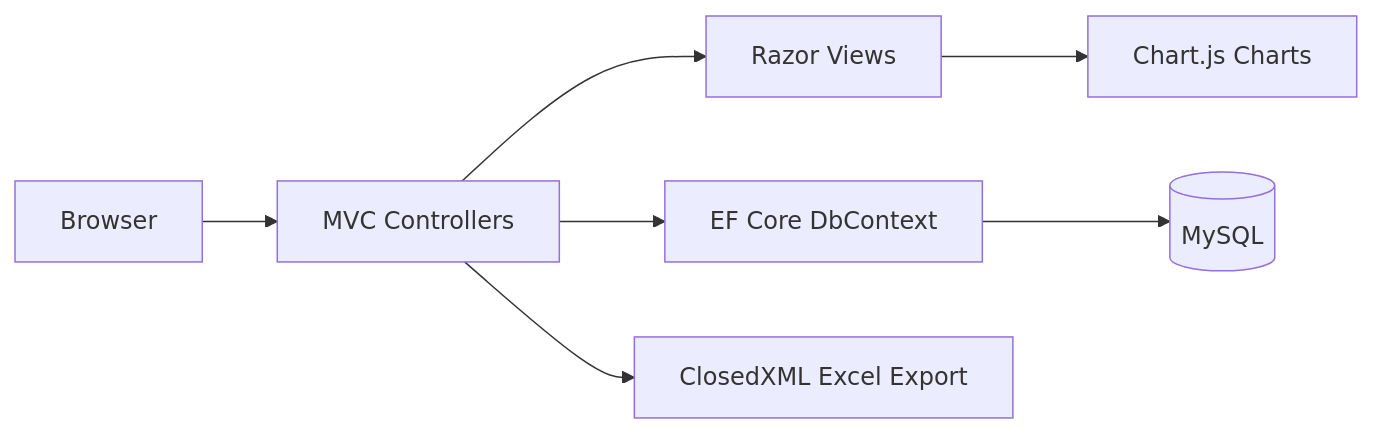
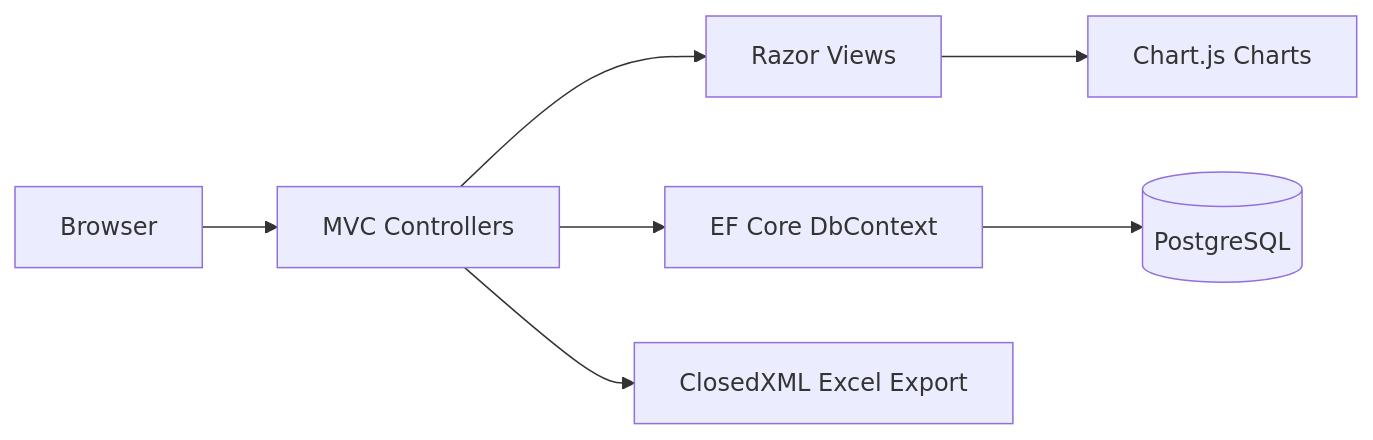
One commit to arrahmanriju/Hishaber-khata-expense-tracker- changed the first of 2 diagrams in README.md. Above: the diagram before and after it, drawn with Mermaid. The commit also changed other lines of this file and 23 other files, not shown here.

Commit message:
Migrate to PostgreSQL and improve security

````diff
--- a/README.md
+++ b/README.md
@@ -27,9 +27,9 @@
 ```mermaid
 flowchart LR
     B[Browser] --> C[MVC Controllers]
     C --> V[Razor Views]
     C --> E[EF Core DbContext]
-    E --> M[(MySQL)]
+    E --> M[(PostgreSQL)]
     C --> X[ClosedXML Excel Export]
     V --> J[Chart.js Charts]
 ```
````
